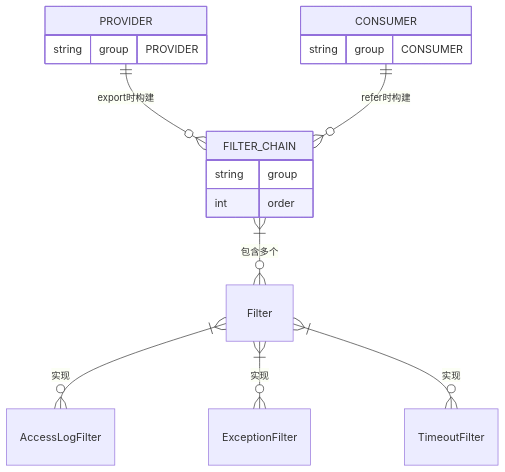
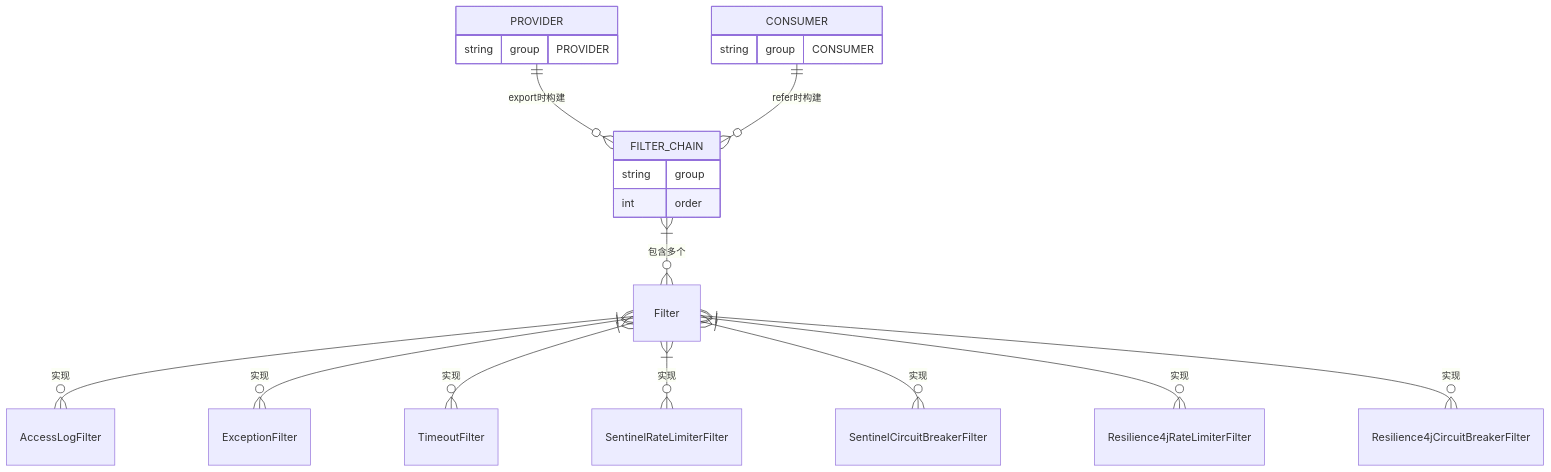
One commit to MrGbro/matrix-rpc changed the tenth of 12 diagrams in .qoder/repowiki/zh/content/核心概念/过滤器链.md. Above: the diagram before and after it, drawn with Mermaid. The commit also changed other lines of this file and 2 other files, not shown here.

First line of the commit message:
docs(filter): 更新过滤器链文档增加熔断限流过滤器说明

````diff
--- a/.qoder/repowiki/zh/content/核心概念/过滤器链.md
+++ b/.qoder/repowiki/zh/content/核心概念/过滤器链.md
@@ -174,19 +267,23 @@
 ```mermaid
 erDiagram
 PROVIDER ||--o{ FILTER_CHAIN : "export时构建"
 CONSUMER ||--o{ FILTER_CHAIN : "refer时构建"
 FILTER_CHAIN }|--o{ Filter : "包含多个"
 Filter }|--o{ AccessLogFilter : "实现"
 Filter }|--o{ ExceptionFilter : "实现"
 Filter }|--o{ TimeoutFilter : "实现"
+Filter }|--o{ SentinelRateLimiterFilter : "实现"
+Filter }|--o{ SentinelCircuitBreakerFilter : "实现"
+Filter }|--o{ Resilience4jRateLimiterFilter : "实现"
+Filter }|--o{ Resilience4jCircuitBreakerFilter : "实现"
 PROVIDER {
 string group "PROVIDER"
 }
 CONSUMER {
 string group "CONSUMER"
 }
 FILTER_CHAIN {
 string group
 int order
 }
 ```
````
